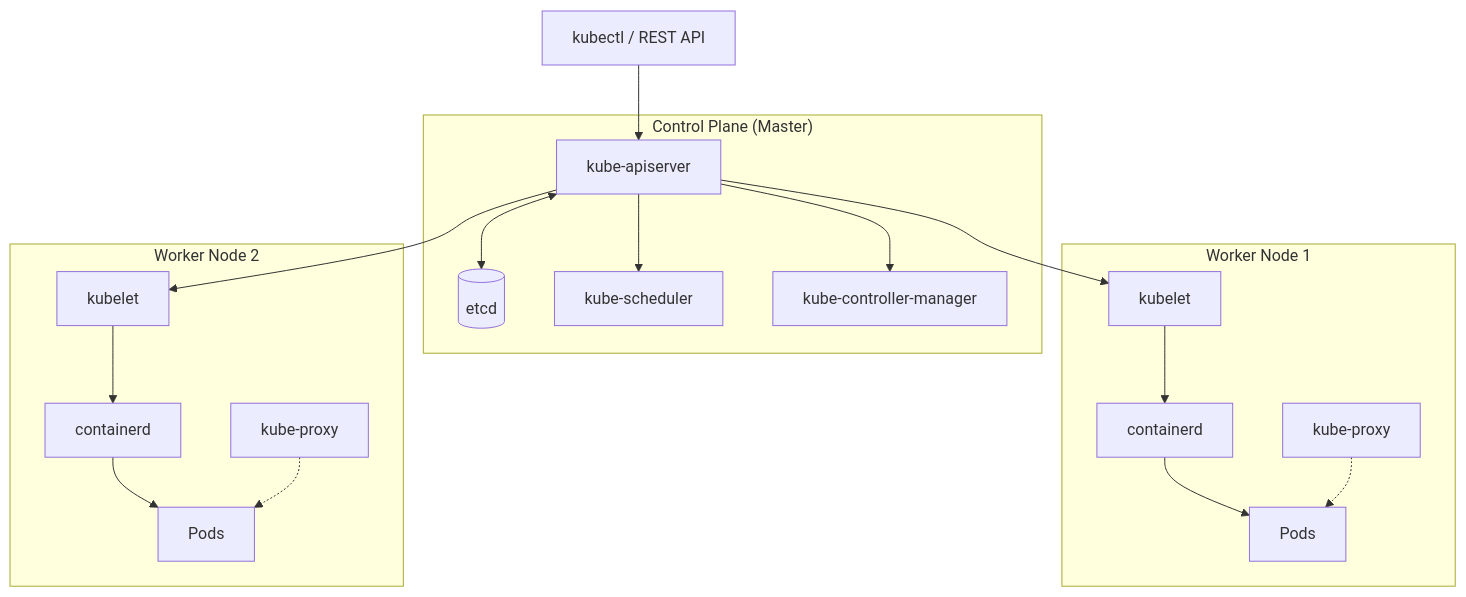
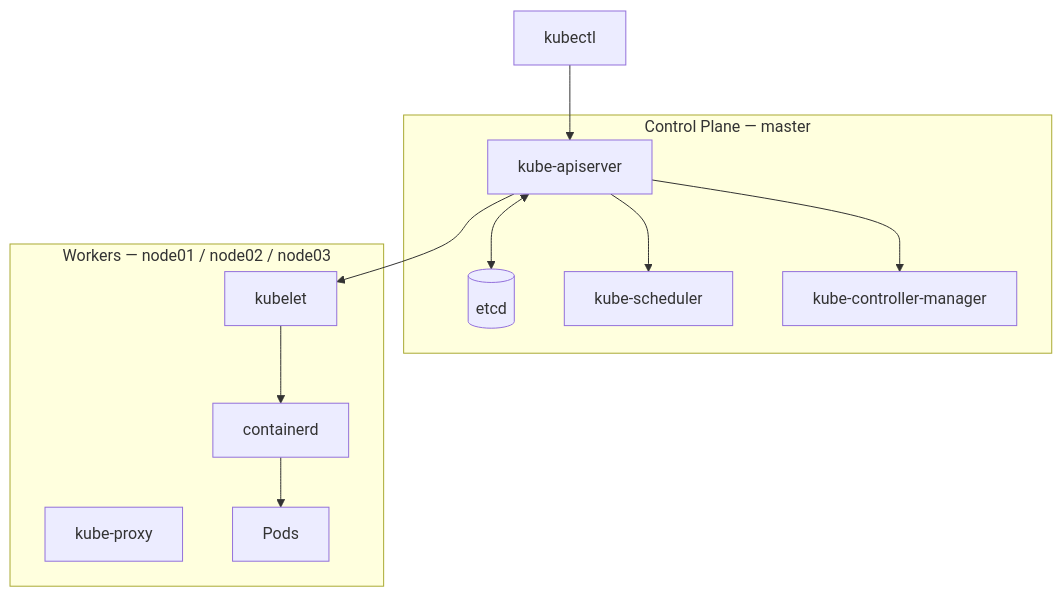
Before and after one commit to AbdelwahabAdam/K8S-notes: the first of 10 diagrams in Study/1.Core Concepts/enhanced_readme.md, drawn with Mermaid. The commit also changed other lines of this file and 22 other files, not shown here.

````diff
--- a/Study/1.Core Concepts/enhanced_readme.md
+++ b/Study/1.Core Concepts/enhanced_readme.md
@@ -63,34 +97,20 @@
 ```mermaid
 flowchart TB
-    subgraph CP["Control Plane (Master)"]
+    subgraph CP["Control Plane — master"]
         API[kube-apiserver]
         ETCD[(etcd)]
         SCH[kube-scheduler]
         CM[kube-controller-manager]
     end
-
-    subgraph W1["Worker Node 1"]
-        KL1[kubelet]
-        KP1[kube-proxy]
-        CR1[containerd]
-        P1[Pods]
+    subgraph W["Workers — node01 / node02 / node03"]
+        KL[kubelet]
+        KP[kube-proxy]
+        CR[containerd]
+        P[Pods]
     end
-
-    subgraph W2["Worker Node 2"]
-        KL2[kubelet]
-        KP2[kube-proxy]
-        CR2[containerd]
-        P2[Pods]
-    end
-
-    USER[kubectl / REST API] --> API
+    USER[kubectl] --> API
     API <--> ETCD
-    API --> SCH
-    API --> CM
-    API --> KL1
-    API --> KL2
-    KL1 --> CR1 --> P1
-    KL2 --> CR2 --> P2
-    KP1 -.-> P1
-    KP2 -.-> P2
+    API --> SCH & CM
+    API --> KL
+    KL --> CR --> P
 ```
````
